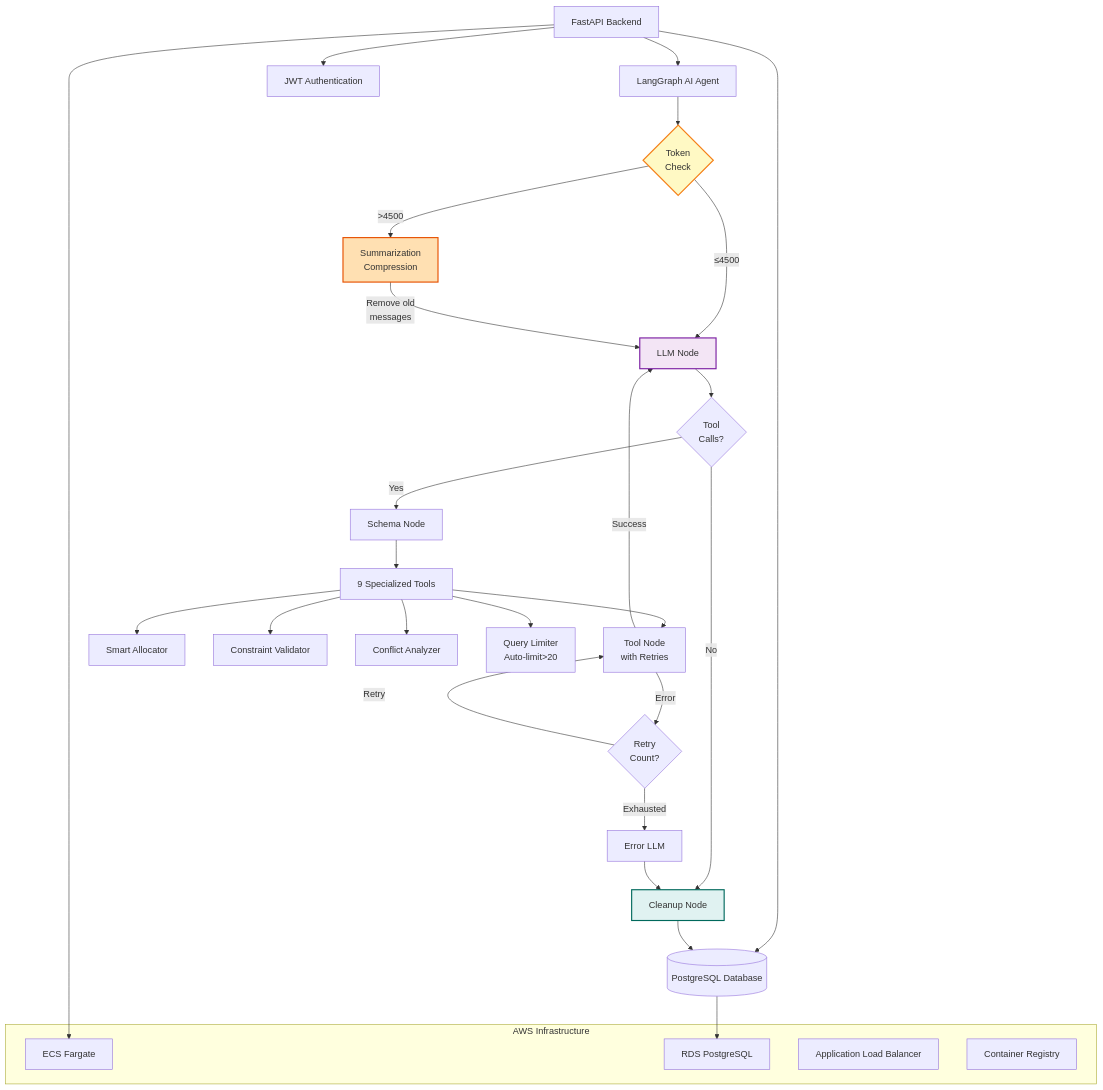
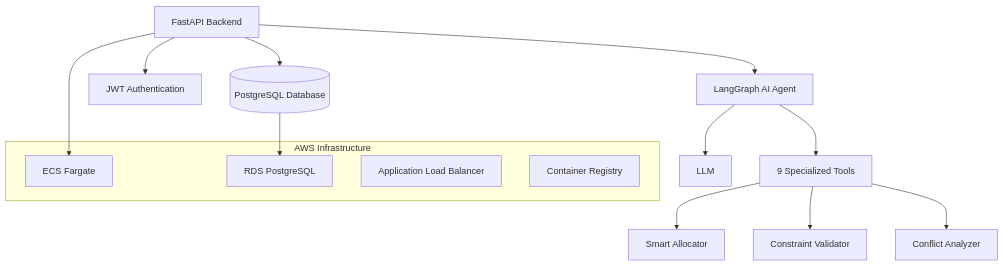
Before and after one commit to phaa/dyno-agent: the first of 2 diagrams in README.md, drawn with Mermaid. The commit also changed 18 other files, not shown here.

Commit message:
refactor: new node utils folder estructure and new agent flow

````diff
--- a/README.md
+++ b/README.md
@@ -89,48 +89,24 @@
 ```mermaid
 graph TB
     API[FastAPI Backend]
     API --> Agent[LangGraph AI Agent]
     API --> Auth[JWT Authentication]
     API --> DB[(PostgreSQL Database)]
     
-    Agent --> CHECK{Token<br/>Check}
-    CHECK -->|≤4500| LLM[LLM Node]
-    CHECK -->|>4500| COMPRESS[Summarization<br/>Compression]
-    
-    COMPRESS -->|Remove old<br/>messages| LLM
-    
-    LLM --> ROUTE{Tool<br/>Calls?}
-    ROUTE -->|Yes| SCHEMA[Schema Node]
-    ROUTE -->|No| CLEANUP[Cleanup Node]
-    
-    SCHEMA --> Tools[9 Specialized Tools]
-    Tools --> TOOLS_NODE[Tool Node<br/>with Retries]
-    
-    TOOLS_NODE -->|Success| LLM
-    TOOLS_NODE -->|Error| RETRY{Retry<br/>Count?}
-    RETRY -->|Retry| TOOLS_NODE
-    RETRY -->|Exhausted| ERROR[Error LLM]
-    ERROR --> CLEANUP
+    Agent --> Tools[9 Specialized Tools]
+    Agent --> LLM
     
     Tools --> Allocator[Smart Allocator]
     Tools --> Validator[Constraint Validator]
     Tools --> Analyzer[Conflict Analyzer]
-    Tools --> QueryLimit[Query Limiter<br/>Auto-limit>20]
-    
-    CLEANUP --> DB
     
     subgraph "AWS Infrastructure"
         ECS[ECS Fargate]
         RDS[RDS PostgreSQL]
         ALB[Application Load Balancer]
         ECR[Container Registry]
     end
     
     API --> ECS
     DB --> RDS
-    
-    style CHECK fill:#fff9c4,stroke:#f57f17,stroke-width:2px
-    style COMPRESS fill:#ffe0b2,stroke:#e65100,stroke-width:2px
-    style LLM fill:#f3e5f5,stroke:#7b1fa2,stroke-width:2px
-    style CLEANUP fill:#e0f2f1,stroke:#00695c,stroke-width:2px
 ```
````
